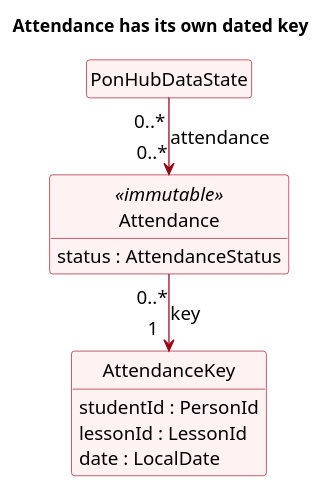
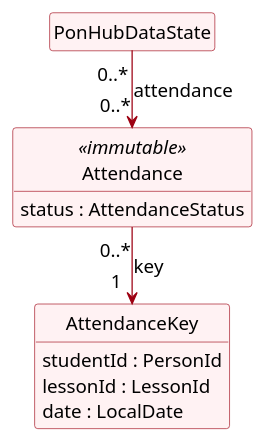
One commit to AY2627S1-CS2103T-F13-3/tp changed the diagram in docs/diagrams/DomainAttendanceStructure.puml. Above: the diagram before and after it, drawn with PlantUML. The commit also changed 32 other files, not shown here.

Commit message:
Correct remaining UML notation and diagram context

```diff
--- a/docs/diagrams/DomainAttendanceStructure.puml
+++ b/docs/diagrams/DomainAttendanceStructure.puml
@@ -1,30 +1,29 @@
 @startuml
 ' Simplified domain draft by Vincent Lin with OpenAI Codex assistance.
 ' Self-contained source; renderer: PlantUML 1.2025.3.
 skinparam defaultFontName Arial
 skinparam defaultFontSize 15
 skinparam shadowing false
 skinparam classAttributeIconSize 0
 skinparam classBackgroundColor #FFF2F3
 skinparam classBorderColor #9D0012
 skinparam classArrowColor #9D0012
 skinparam noteBackgroundColor #FFFBE6
 skinparam noteBorderColor #777777
 skinparam nodesep 35
 skinparam ranksep 40
 hide circle
 hide empty members
 
-title Attendance has its own dated key
 class PonHubDataState
 class Attendance <<immutable>> {
   status : AttendanceStatus
 }
 class AttendanceKey {
   studentId : PersonId
   lessonId : LessonId
   date : LocalDate
 }
 PonHubDataState "0..*" -down-> "0..*" Attendance : attendance
 Attendance "0..*" -down-> "1<U+00A0><U+00A0>" AttendanceKey : key
 @enduml
```
